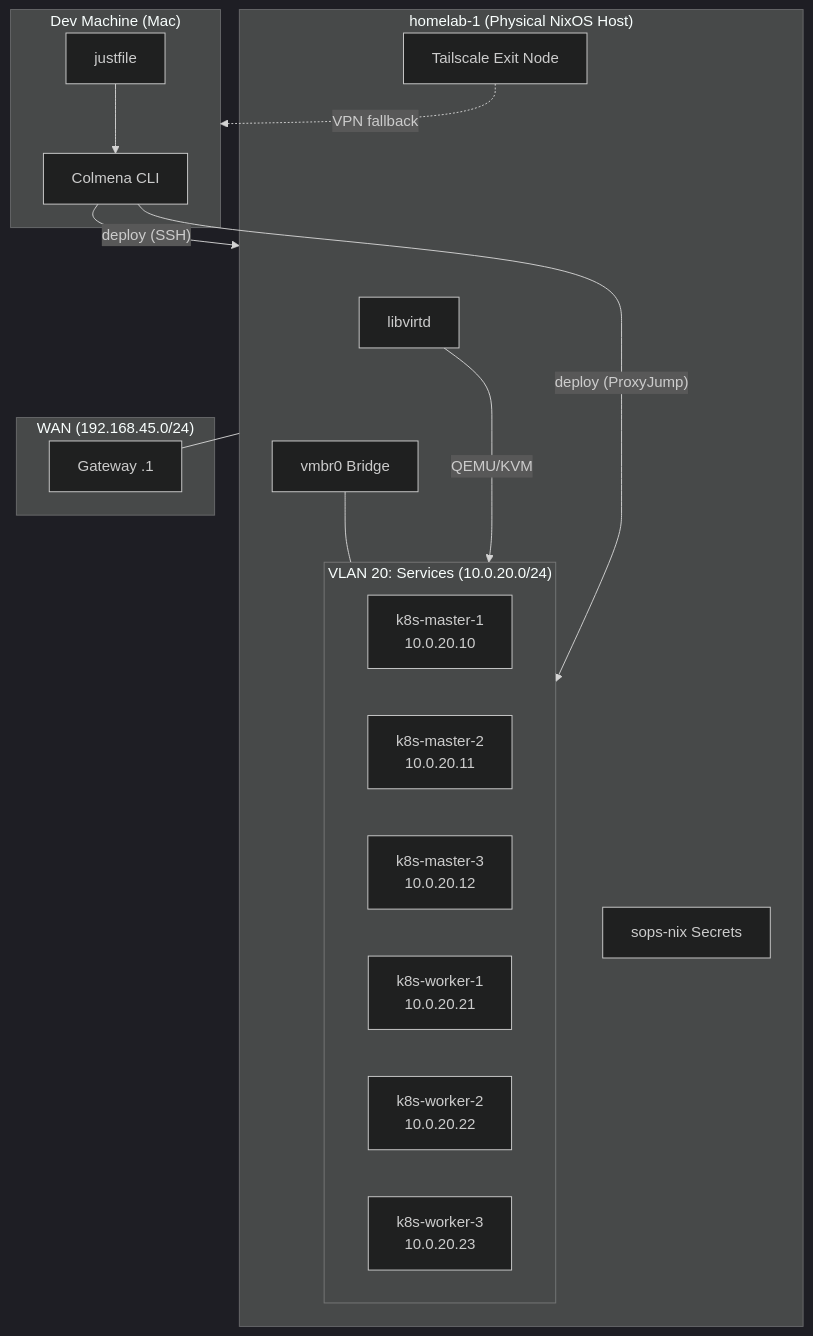
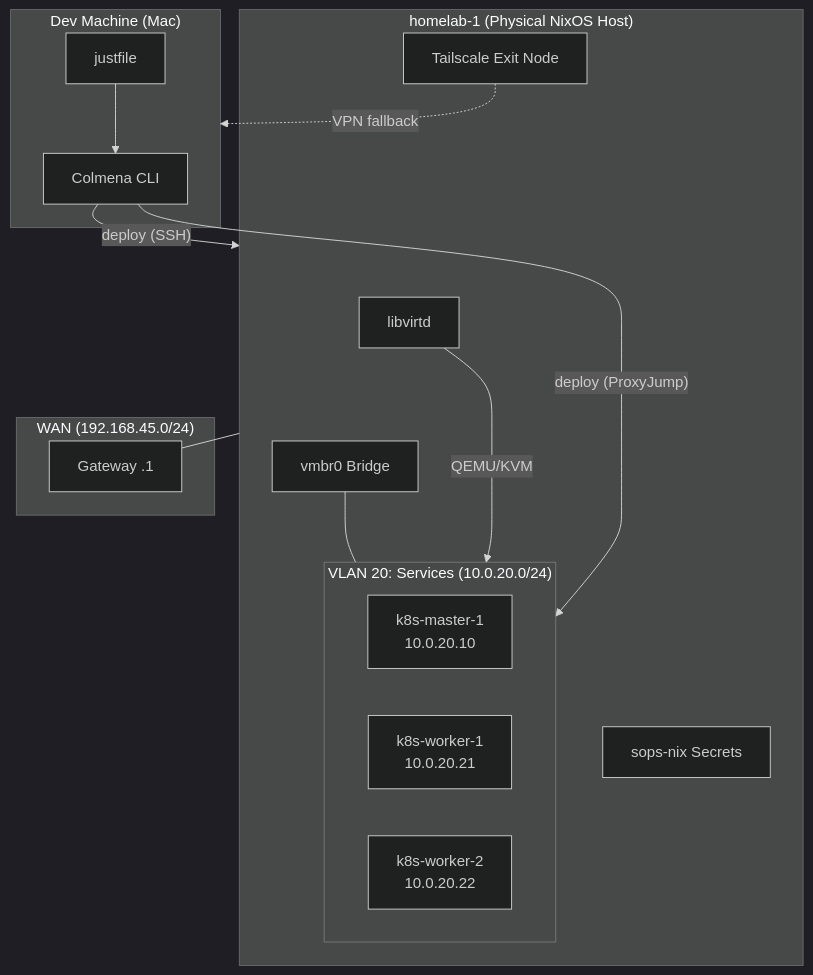
The diagram in README.md (vanillacake369/tonys-homelab), drawn with Mermaid (dark theme) before and after one commit. The commit also changed other lines of this file and 14 other files, not shown here.

````diff
--- a/README.md
+++ b/README.md
@@ -21,35 +21,32 @@
 ```mermaid
 flowchart TB
   subgraph Mac["Dev Machine (Mac)"]
     Colmena["Colmena CLI"]
     Just["justfile"]
   end
 
   subgraph Host["homelab-1 (Physical NixOS Host)"]
     Libvirt["libvirtd"]
     Bridge["vmbr0 Bridge"]
     TS["Tailscale Exit Node"]
     SOPS["sops-nix Secrets"]
 
     subgraph VLAN20["VLAN 20: Services (10.0.20.0/24)"]
       M1["k8s-master-1<br/>10.0.20.10"]
-      M2["k8s-master-2<br/>10.0.20.11"]
-      M3["k8s-master-3<br/>10.0.20.12"]
       W1["k8s-worker-1<br/>10.0.20.21"]
       W2["k8s-worker-2<br/>10.0.20.22"]
-      W3["k8s-worker-3<br/>10.0.20.23"]
     end
   end
 
   subgraph WAN["WAN (192.168.45.0/24)"]
     GW["Gateway .1"]
   end
 
   Just --> Colmena
   Colmena -->|"deploy (SSH)"| Host
   Colmena -->|"deploy (ProxyJump)"| VLAN20
   Libvirt -->|"QEMU/KVM"| VLAN20
   Host --- Bridge --- VLAN20
   Host --- GW
   TS -.->|"VPN fallback"| Mac
 ```
````
